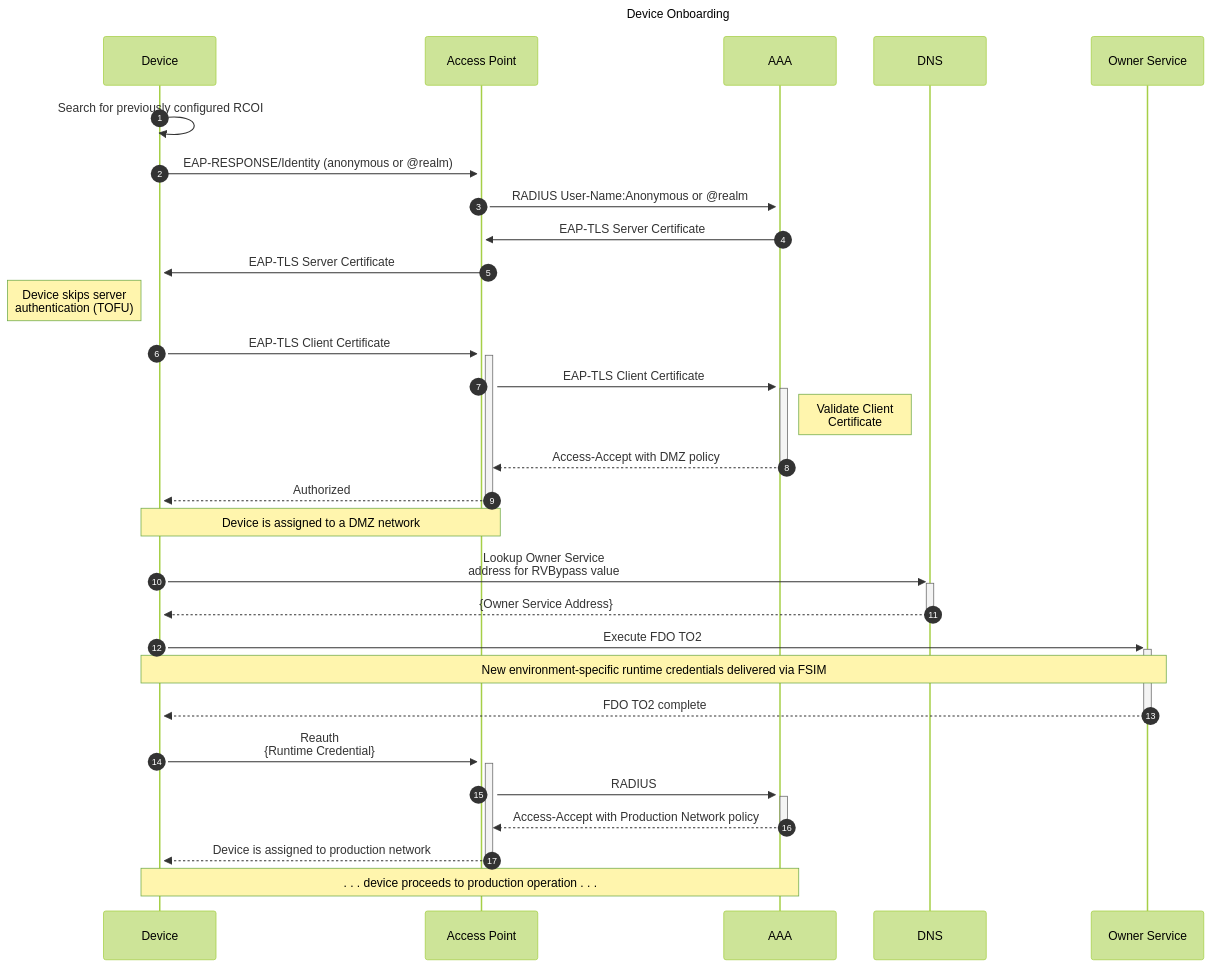
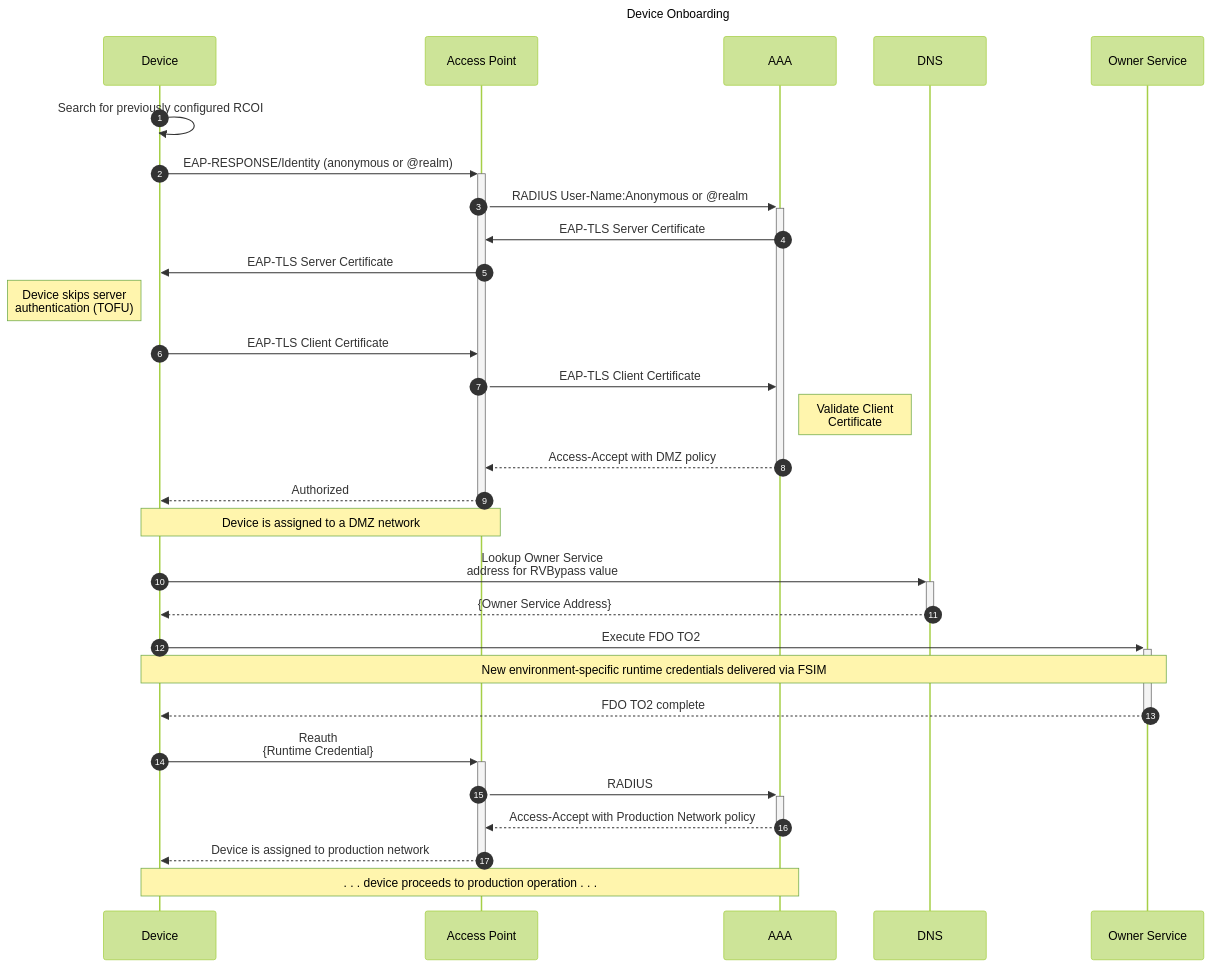
Before and after one commit to wireless-broadband-alliance/WBA-FIDO-Collaboration: the second of 2 diagrams in WORKFLOWS.md, drawn with Mermaid (forest theme).

````diff
--- a/WORKFLOWS.md
+++ b/WORKFLOWS.md
@@ -70,41 +70,41 @@
 ```mermaid
 sequenceDiagram
     title Device Onboarding
     participant dev as Device
     participant ap as Access Point
     participant aaa as AAA
     participant dns as DNS
     participant owner as Owner Service
 
     autonumber
 
     dev ->> dev: Search for previously configured RCOI
     dev ->>+ ap: EAP-RESPONSE/Identity (anonymous or @realm)
     ap ->>+ aaa: RADIUS User-Name:Anonymous or @realm
 
-    aaa ->>+ ap: EAP-TLS Server Certificate
-    ap ->>+ dev: EAP-TLS Server Certificate
+    aaa ->> ap: EAP-TLS Server Certificate
+    ap ->> dev: EAP-TLS Server Certificate
     note left of dev : Device skips server<br>authentication (TOFU)
 
-    dev ->>+ ap: EAP-TLS Client Certificate
-    ap ->>+ aaa: EAP-TLS Client Certificate
+    dev ->> ap: EAP-TLS Client Certificate
+    ap ->> aaa: EAP-TLS Client Certificate
 
     note right of aaa : Validate Client<br>Certificate
 
     aaa -->>- ap: Access-Accept with DMZ policy
     ap -->>- dev: Authorized
     note over dev,ap: Device is assigned to a DMZ network
 
     dev ->>+ dns: Lookup Owner Service<br/>address for RVBypass value
     dns -->>- dev: {Owner Service Address}
 
     dev ->>+ owner: Execute FDO TO2
     note over dev,owner: New environment-specific runtime credentials delivered via FSIM
     owner -->>- dev: FDO TO2 complete
 
     dev ->>+ ap: Reauth<br/>{Runtime Credential}
     ap ->>+ aaa: RADIUS
     aaa -->>- ap: Access-Accept with Production Network policy
     ap -->>- dev: Device is assigned to production network
     note over dev,aaa: . . . device proceeds to production operation . . .
 ```
````
